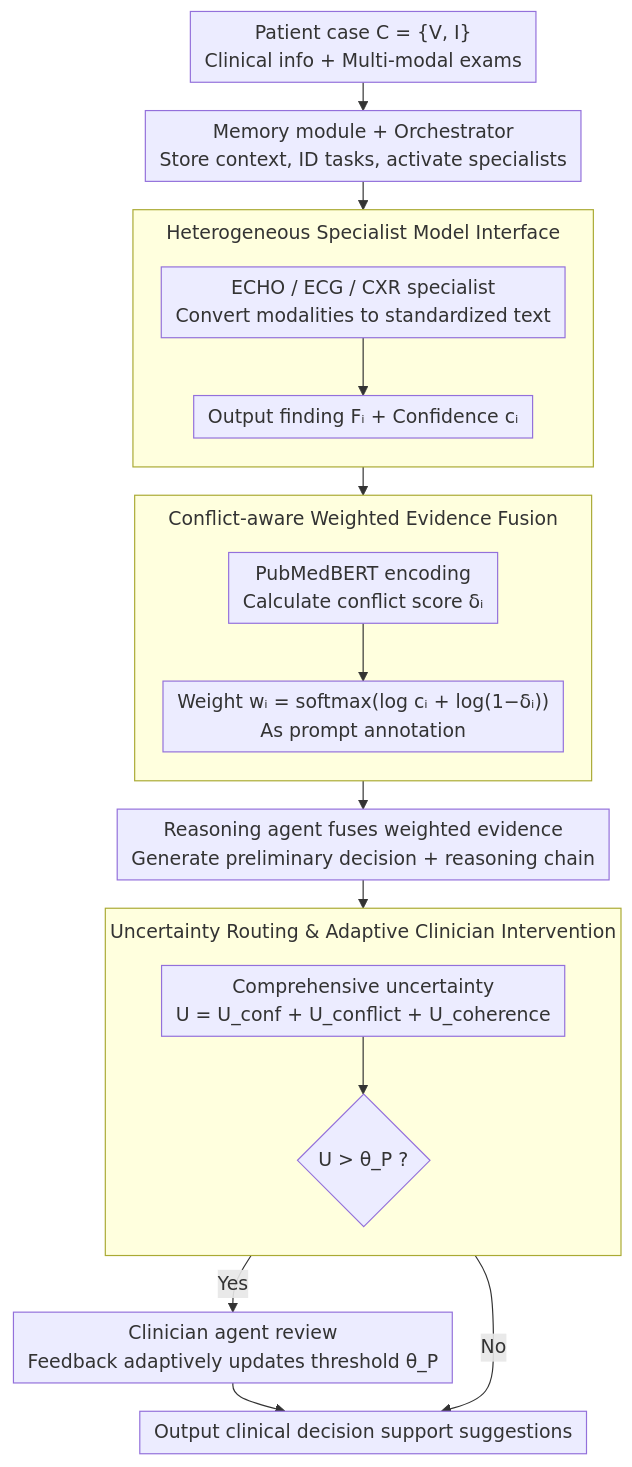
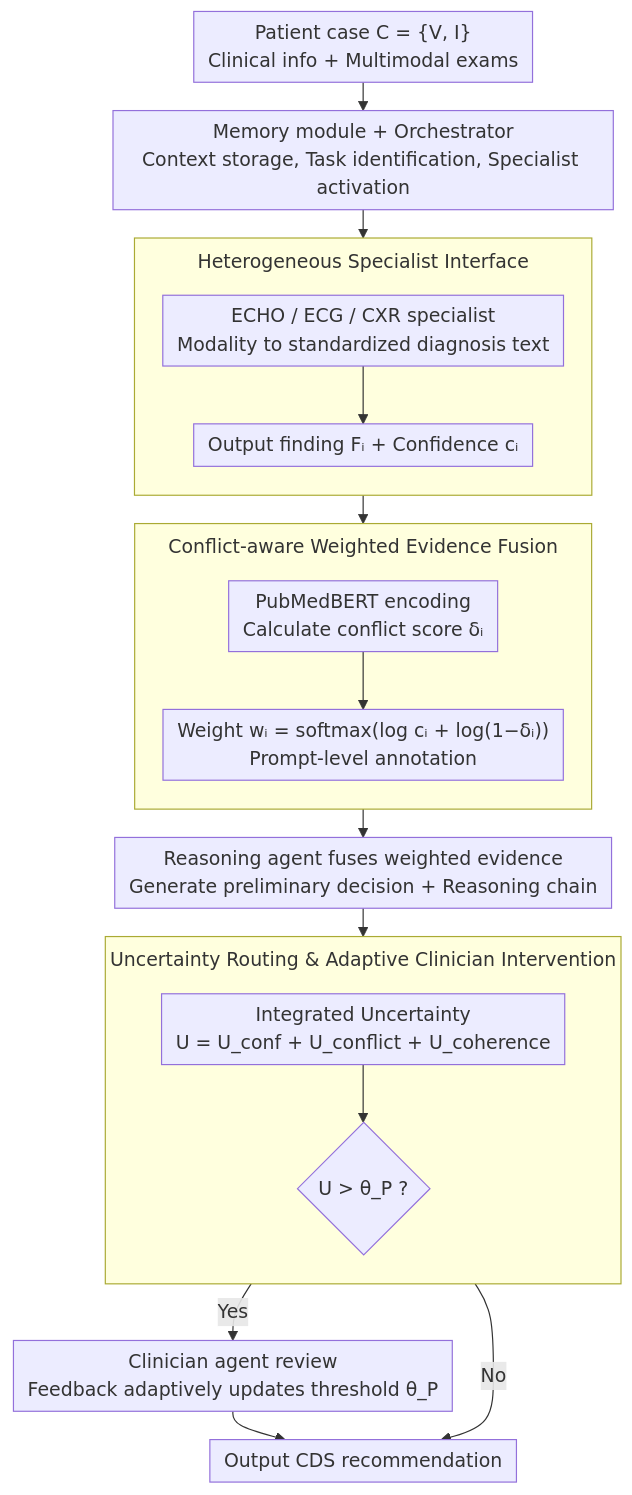
The diagram in docs/ICML2026/multi_agent/why_specialist_models_still_matter_a_heterogeneous_multi-agent_paradigm_for_medi.md (zhaoyang97/Paper-Notes-en), drawn with Mermaid before and after one commit. The commit also changed other lines of this file and 5084 other files, not shown here.

````diff
--- a/docs/ICML2026/multi_agent/why_specialist_models_still_matter_a_heterogeneous_multi-agent_paradigm_for_medi.md
+++ b/docs/ICML2026/multi_agent/why_specialist_models_still_matter_a_heterogeneous_multi-agent_paradigm_for_medi.md
@@ -44,24 +44,24 @@
 ```mermaid
 %%{init: {'flowchart': {'rankSpacing': 24, 'nodeSpacing': 28, 'padding': 6, 'wrappingWidth': 400, 'subGraphTitleMargin': {'top': 8, 'bottom': 16}}}}%%
 flowchart TD
-    A["Patient case C = {V, I}<br/>Clinical info + Multi-modal exams"] --> B["Memory module + Orchestrator<br/>Store context, ID tasks, activate specialists"]
-    subgraph S1["Heterogeneous Specialist Model Interface"]
+    A["Patient case C = {V, I}<br/>Clinical info + Multimodal exams"] --> B["Memory module + Orchestrator<br/>Context storage, Task identification, Specialist activation"]
+    subgraph S1["Heterogeneous Specialist Interface"]
         direction TB
-        C["ECHO / ECG / CXR specialist<br/>Convert modalities to standardized text"] --> D["Output finding Fᵢ + Confidence cᵢ"]
+        C["ECHO / ECG / CXR specialist<br/>Modality to standardized diagnosis text"] --> D["Output finding Fᵢ + Confidence cᵢ"]
     end
     B --> S1
     subgraph S2["Conflict-aware Weighted Evidence Fusion"]
         direction TB
-        E["PubMedBERT encoding<br/>Calculate conflict score δᵢ"] --> F["Weight wᵢ = softmax(log cᵢ + log(1−δᵢ))<br/>As prompt annotation"]
+        E["PubMedBERT encoding<br/>Calculate conflict score δᵢ"] --> F["Weight wᵢ = softmax(log cᵢ + log(1−δᵢ))<br/>Prompt-level annotation"]
     end
     S1 --> S2
-    S2 --> G["Reasoning agent fuses weighted evidence<br/>Generate preliminary decision + reasoning chain"]
+    S2 --> G["Reasoning agent fuses weighted evidence<br/>Generate preliminary decision + Reasoning chain"]
     subgraph S3["Uncertainty Routing & Adaptive Clinician Intervention"]
         direction TB
-        H["Comprehensive uncertainty<br/>U = U_conf + U_conflict + U_coherence"] --> I{"U > θ_P ?"}
+        H["Integrated Uncertainty<br/>U = U_conf + U_conflict + U_coherence"] --> I{"U > θ_P ?"}
     end
     G --> S3
-    I -->|No| J["Output clinical decision support suggestions"]
+    I -->|No| J["Output CDS recommendation"]
     I -->|Yes| K["Clinician agent review<br/>Feedback adaptively updates threshold θ_P"]
     K --> J
 ```
````
